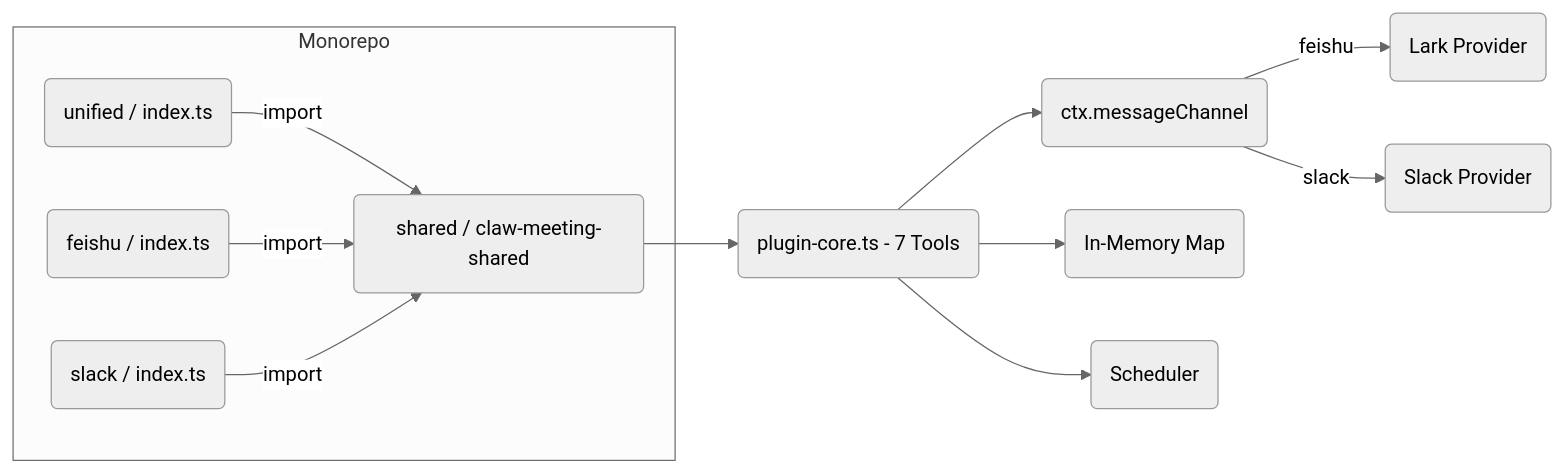
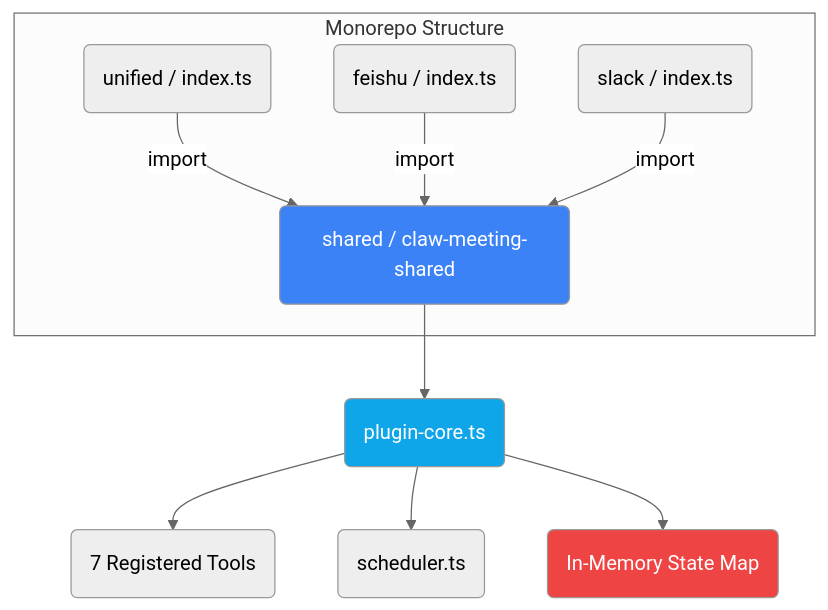
One commit to javana3/claw_meeting_all changed the first of 13 diagrams in README.md. Above: the diagram before and after it, drawn with Mermaid (neutral theme). The commit also changed other lines of this file and 4 other files, not shown here.

First line of the commit message:
docs: rewrite all 5 READMEs with detailed Plugin/Skill flow + diff

````diff
--- a/README.md
+++ b/README.md
@@ -53,20 +31,22 @@
 ```mermaid
-graph LR
-    subgraph "Monorepo"
+graph TD
+    subgraph "Monorepo Structure"
         SHARED(shared / claw-meeting-shared)
         UNI(unified / index.ts)
         FEI(feishu / index.ts)
         SLK(slack / index.ts)
     end
 
     UNI -->|import| SHARED
     FEI -->|import| SHARED
     SLK -->|import| SHARED
 
-    SHARED --> CORE(plugin-core.ts - 7 Tools)
-    CORE --> ROUTER(ctx.messageChannel)
-    ROUTER -->|feishu| LP(Lark Provider)
-    ROUTER -->|slack| SP(Slack Provider)
-    CORE --> MEM(In-Memory Map)
-    CORE --> SCH(Scheduler)
+    SHARED --> CORE(plugin-core.ts)
+    CORE --> TOOLS(7 Registered Tools)
+    CORE --> SCHED(scheduler.ts)
+    CORE --> STATE(In-Memory State Map)
+
+    style SHARED fill:#3b82f6,color:#fff
+    style CORE fill:#0ea5e9,color:#fff
+    style STATE fill:#ef4444,color:#fff
 ```
````
